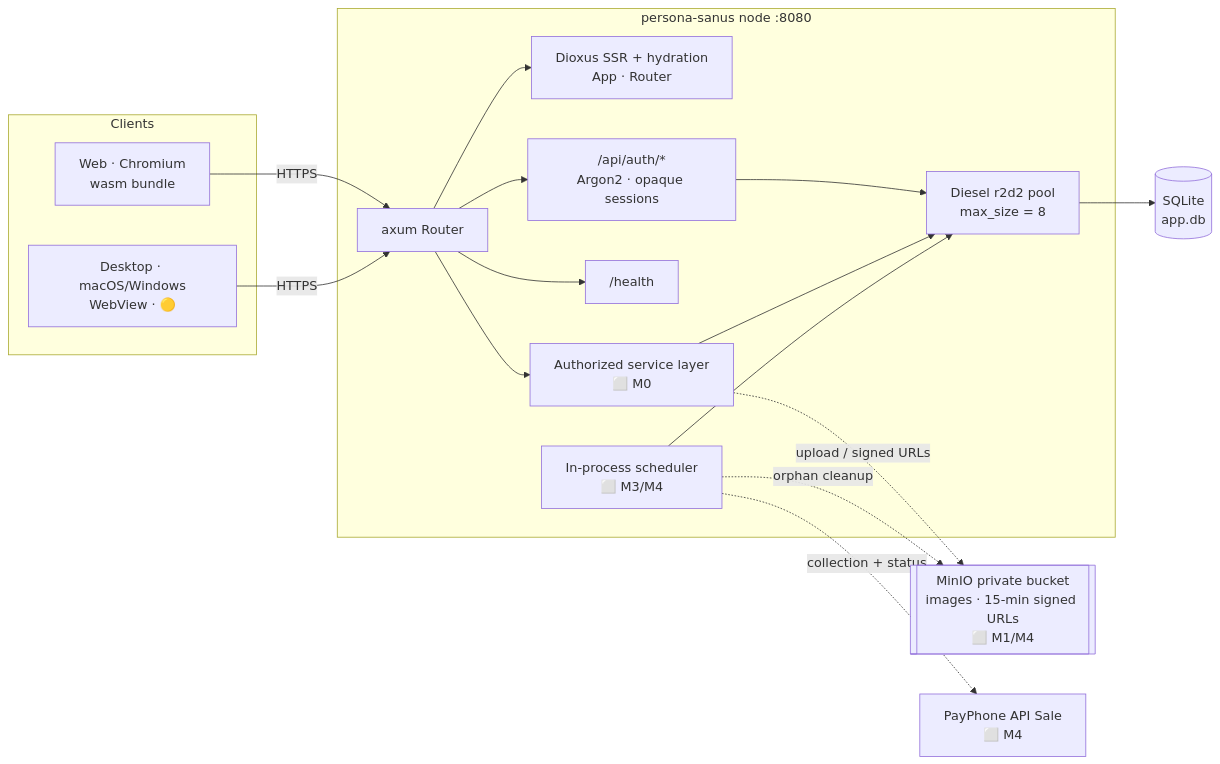
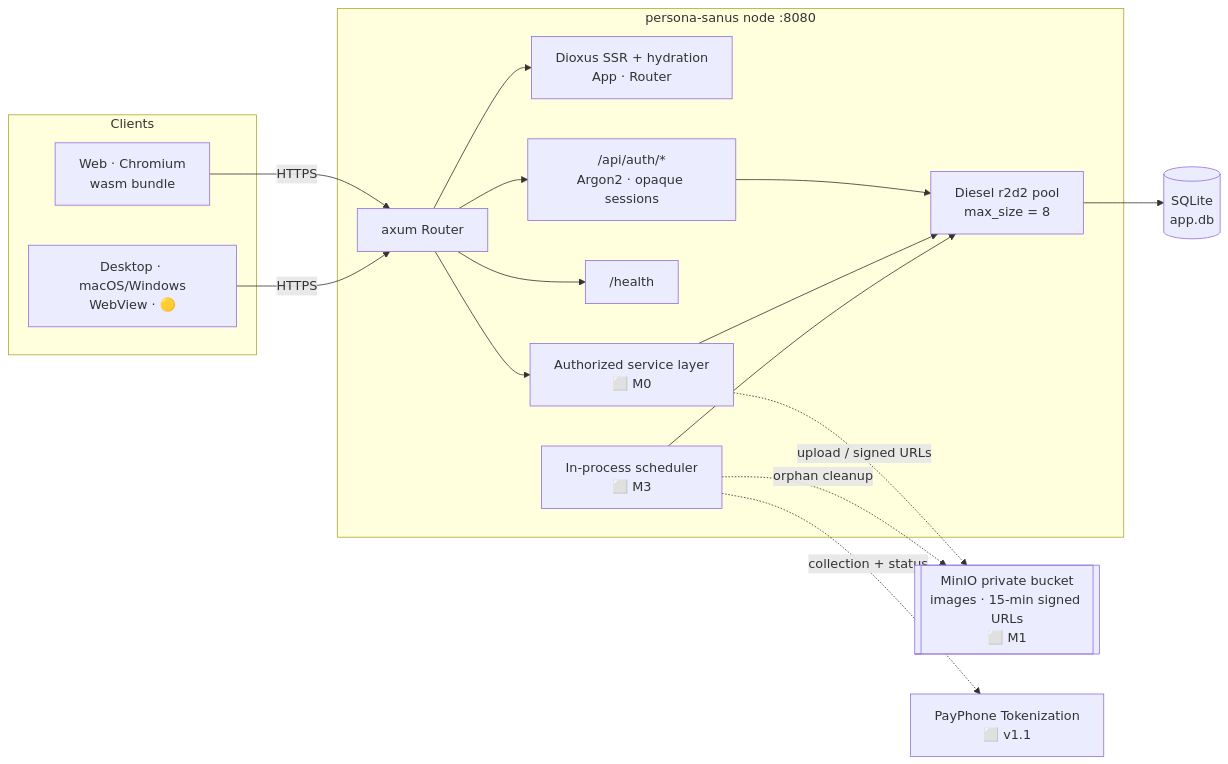
The first of 5 diagrams in context/architecture.md (serbarla/doctor-prescription), drawn with Mermaid before and after one commit. The commit also changed other lines of this file and 11 other files, not shown here.

````diff
--- a/context/architecture.md
+++ b/context/architecture.md
@@ -37,35 +37,35 @@
 ```mermaid
 flowchart LR
     subgraph clients["Clients"]
         WEB["Web · Chromium<br/>wasm bundle"]
         DESK["Desktop · macOS/Windows<br/>WebView · 🟡"]
     end
 
     subgraph node["persona-sanus node :8080"]
         ROUTER["axum Router"]
         SSR["Dioxus SSR + hydration<br/>App · Router"]
         AUTH["/api/auth/*<br/>Argon2 · opaque sessions"]
         HEALTH["/health"]
         SVC["Authorized service layer<br/>⬜ M0"]
-        JOBS["In-process scheduler<br/>⬜ M3/M4"]
+        JOBS["In-process scheduler<br/>⬜ M3"]
         POOL["Diesel r2d2 pool<br/>max_size = 8"]
     end
 
     DB[("SQLite<br/>app.db")]
-    OBJ[["MinIO private bucket<br/>images · 15-min signed URLs<br/>⬜ M1/M4"]]
-    PAY["PayPhone API Sale<br/>⬜ M4"]
+    OBJ[["MinIO private bucket<br/>images · 15-min signed URLs<br/>⬜ M1"]]
+    PAY["PayPhone Tokenization<br/>⬜ v1.1"]
 
     WEB -->|HTTPS| ROUTER
     DESK -->|HTTPS| ROUTER
     ROUTER --> SSR
     ROUTER --> AUTH
     ROUTER --> HEALTH
     ROUTER --> SVC
     AUTH --> POOL
     SVC --> POOL
     JOBS --> POOL
     POOL --> DB
     SVC -. "upload / signed URLs" .-> OBJ
     JOBS -. "collection + status" .-> PAY
     JOBS -. "orphan cleanup" .-> OBJ
 ```
````
